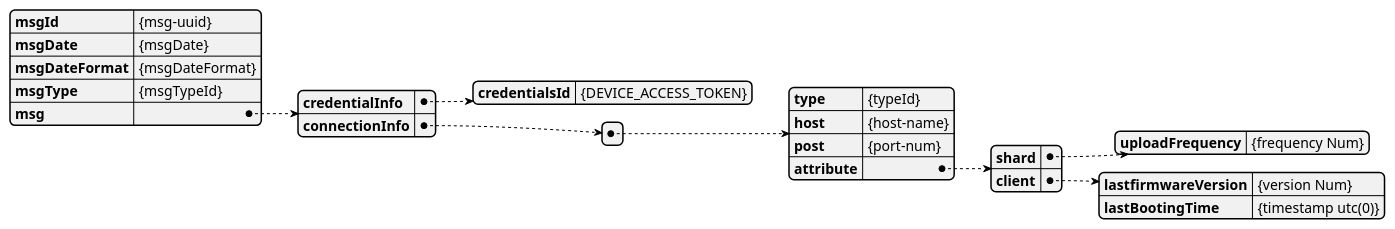
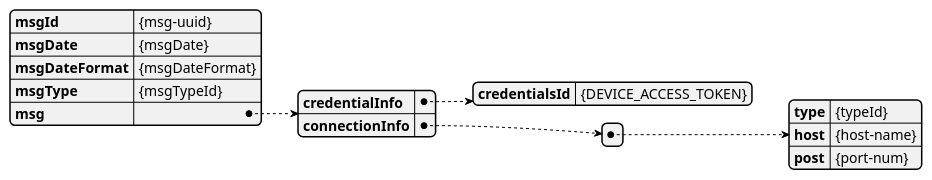
Before and after one commit to RTdataLab/DE-ADeep-API-Guide: the second of 2 diagrams in docs/HTTP-API-2.DeviceRegister.md, drawn with PlantUML. The commit also changed other lines of this file and 1 other file, not shown here.

Commit message:
[feat]  - REST API Client Attribute 변경 사항 　1. lastFirmwareVersion -> firmwareVersion 　2. firmwareVersion 의 값 타입 변경 Number -> String 　3. timeZone 추가

````diff
--- a/docs/HTTP-API-2.DeviceRegister.md
+++ b/docs/HTTP-API-2.DeviceRegister.md
@@ -233,25 +239,20 @@
 ```plantuml
 @startjson
 {
   "msgId": "{msg-uuid}",
   "msgDate": "{msgDate}",
   "msgDateFormat": "{msgDateFormat}",
   "msgType": "{msgTypeId}",
   "msg": {
     "credentialInfo": {"credentialsId": "{DEVICE_ACCESS_TOKEN}"},
     "connectionInfo": [
       {
         "type":"{typeId}",
         "host":"{host-name}",
-        "post":"{port-num}",
-        "attribute": {
-        "shard": {"uploadFrequency": "{frequency Num}"},
-        "client": {"lastfirmwareVersion": "{version Num}", 
-                   "lastBootingTime": "{timestamp utc(0)}"}
-        }      
+        "post":"{port-num}"     
       }
     ]
   }
 }
 @endjson 
 ```
````
